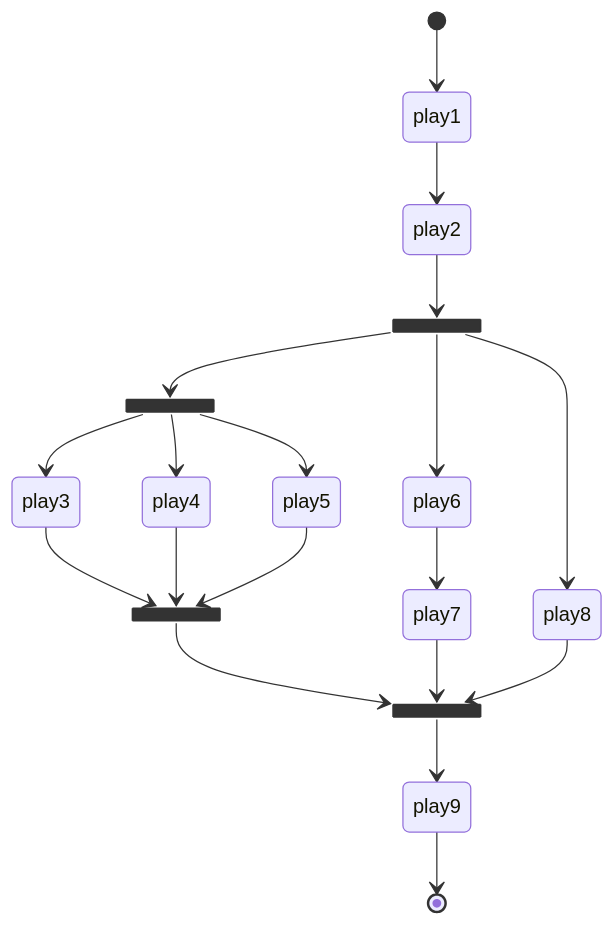
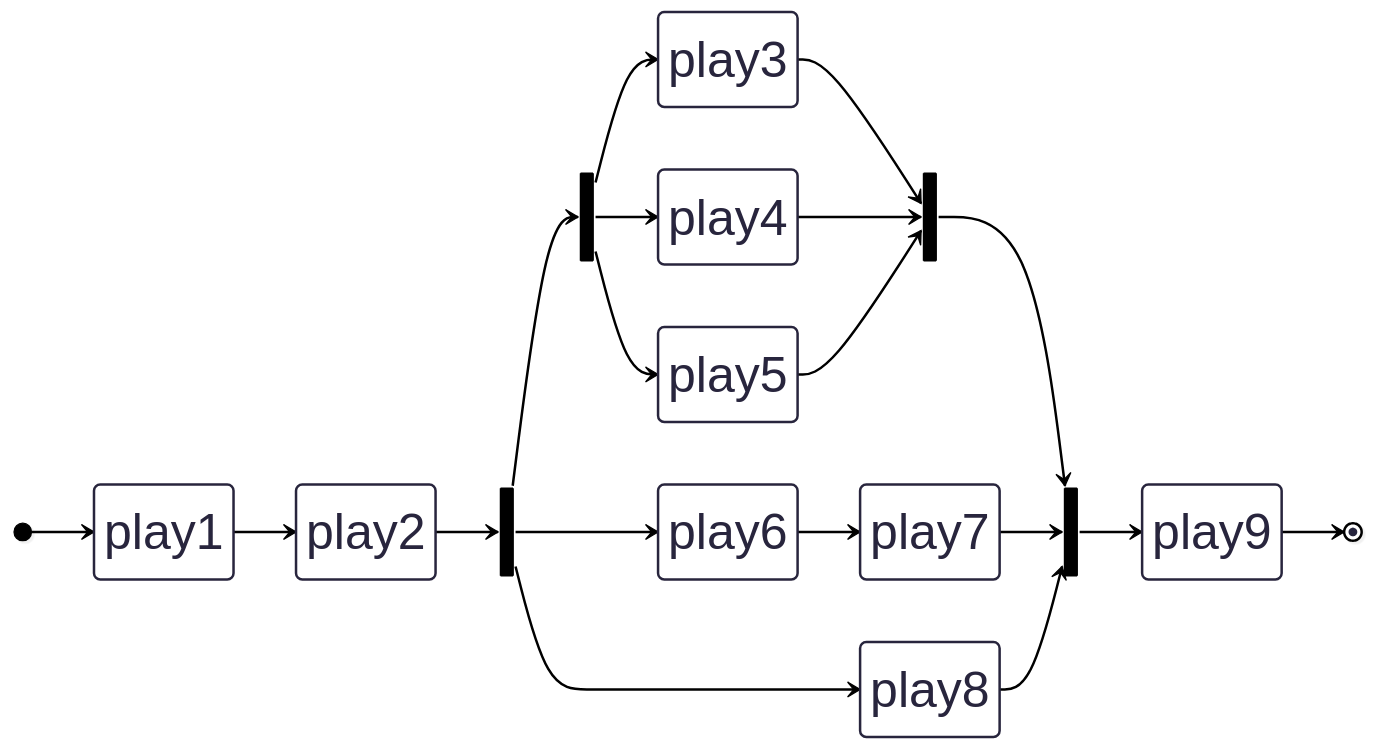
Before and after one commit to pollenjp/cdk-ansible: the diagram in README.md, drawn with Mermaid.

Commit message:
docs: change mermaid flow direction to LR

````diff
--- a/README.md
+++ b/README.md
@@ -87,32 +87,27 @@
 ```mermaid
-stateDiagram-v2
+%%{init: {'theme': 'redux', 'themeVariables': { 'fontSize': '30pt'}}}%%
+stateDiagram
+  direction LR
+  state ForkExeParallel1 <<fork>>
+  state ForkExeParallel2 <<fork>>
+  state JoinExeParallel2 <<join>>
+  state JoinExeParallel1 <<join>>
   [*] --> play1
   play1 --> play2
-  state ForkExeParallel1 <<fork>>
-    play2 --> ForkExeParallel1
-
-    state ForkExeParallel2 <<fork>>
-      ForkExeParallel1 --> ForkExeParallel2
-
-      ForkExeParallel2 --> play3
-      ForkExeParallel2 --> play4
-      ForkExeParallel2 --> play5
-
-      state JoinExeParallel2 <<join>>
-      play3 --> JoinExeParallel2
-      play4 --> JoinExeParallel2
-      play5 --> JoinExeParallel2
-
-    ForkExeParallel1 --> play6
-    play6 --> play7
-
-    ForkExeParallel1 --> play8
-
-    state JoinExeParallel1 <<join>>
-    JoinExeParallel2 --> JoinExeParallel1
-    play7 --> JoinExeParallel1
-    play8 --> JoinExeParallel1
-
+  play2 --> ForkExeParallel1
+  ForkExeParallel1 --> ForkExeParallel2
+  ForkExeParallel2 --> play3
+  ForkExeParallel2 --> play4
+  ForkExeParallel2 --> play5
+  play3 --> JoinExeParallel2
+  play4 --> JoinExeParallel2
+  play5 --> JoinExeParallel2
+  ForkExeParallel1 --> play6
+  play6 --> play7
+  ForkExeParallel1 --> play8
+  JoinExeParallel2 --> JoinExeParallel1
+  play7 --> JoinExeParallel1
+  play8 --> JoinExeParallel1
   JoinExeParallel1 --> play9
   play9 --> [*]
 ```
````
